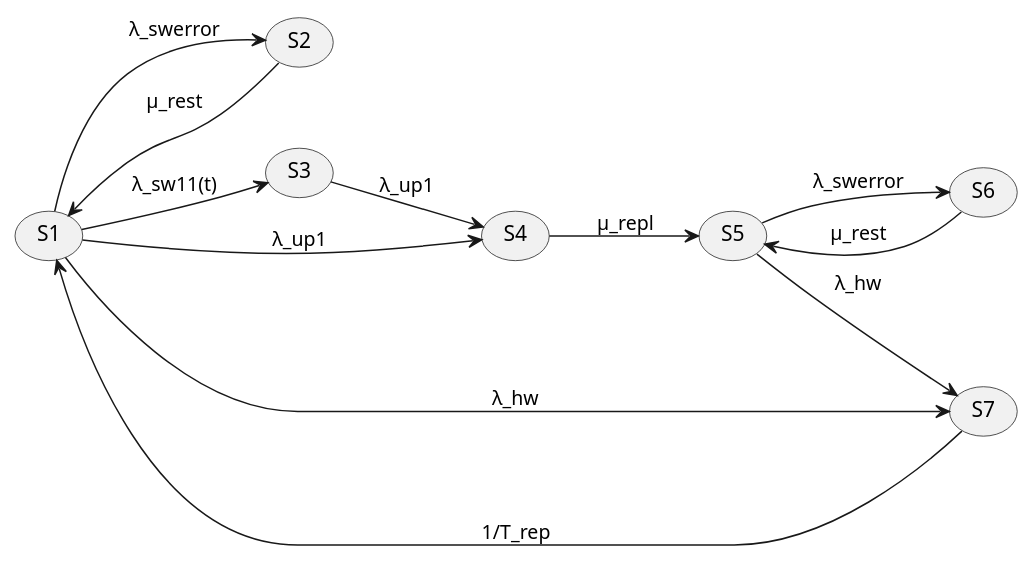
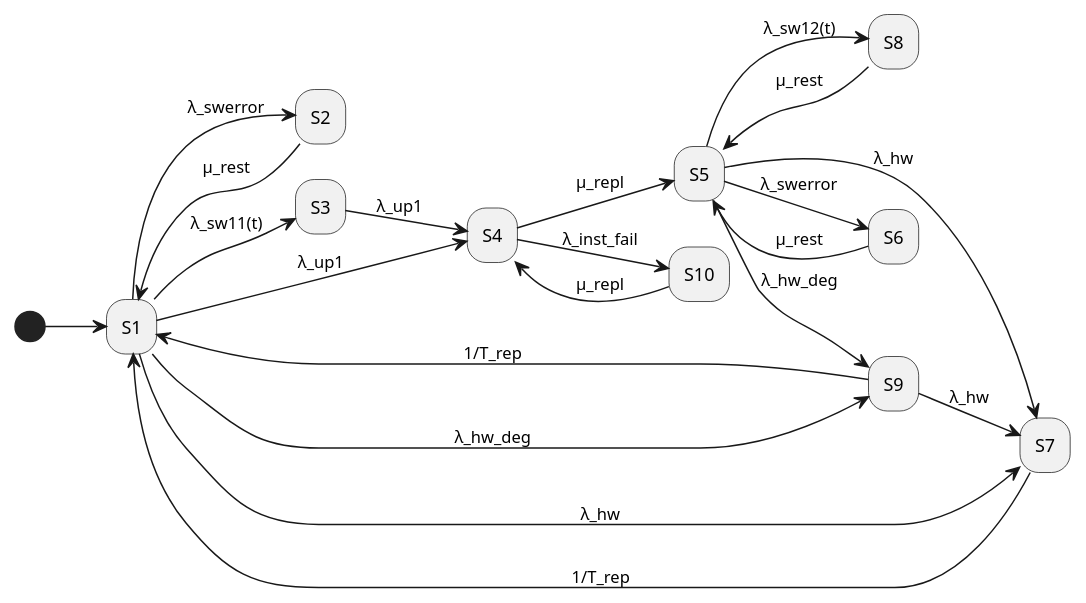
Before and after one commit to liubozhyk/tor_labs: the diagram in tor2/scheme.pu, drawn with PlantUML. The commit also changed other lines of this file, not shown here.

Commit message:
Modified scheme.pu to 10 states

```diff
--- a/tor2/scheme.pu
+++ b/tor2/scheme.pu
@@ -1,24 +1,32 @@
-@startuml
+@startuml reliability_flow_lab2
 left to right direction
 
-usecase "S1" as S1
-usecase "S2" as S2
-usecase "S3" as S3
-usecase "S4" as S4
-usecase "S5" as S5
-usecase "S6" as S6
-usecase "S7" as S7
+    (*) --> "S1" as S1
 
-S1 --> S2 : λ_swerror
-S2 --> S1 : μ_rest
-S1 --> S3 : λ_sw11(t)
-S1 --> S4 : λ_up1
-S3 --> S4 : λ_up1
-S4 --> S5 : μ_repl
-S5 --> S6 : λ_swerror
-S6 --> S5 : μ_rest
-S1 --> S7 : λ_hw
-S5 --> S7 : λ_hw
-S7 --> S1 : 1/T_rep
+    S1 -->[λ_swerror] "S2" as S2
+    S2 -->[μ_rest] S1
+
+    S1 -->[λ_sw11(t)] "S3" as S3
+    S3 -->[λ_up1] "S4" as S4
+
+    S1 -->[λ_up1] S4
+    S4 -->[μ_repl] "S5" as S5
+    S4 -->[λ_inst_fail] "S10" as S10
+    S10 -->[μ_repl] S4
+
+    S5 -->[λ_swerror] "S6" as S6
+    S6 -->[μ_rest] S5
+
+    S5 -->[λ_sw12(t)] "S8" as S8
+    S8 -->[μ_rest] S5
+
+    S1 -->[λ_hw_deg] "S9" as S9
+    S5 -->[λ_hw_deg] S9
+    S9 -->[λ_hw] "S7" as S7
+    S9 -->[1/T_rep] S1
+
+    S1 -->[λ_hw] S7
+    S5 -->[λ_hw] S7
+    S7 -->[1/T_rep] S1
 
 @enduml
```
